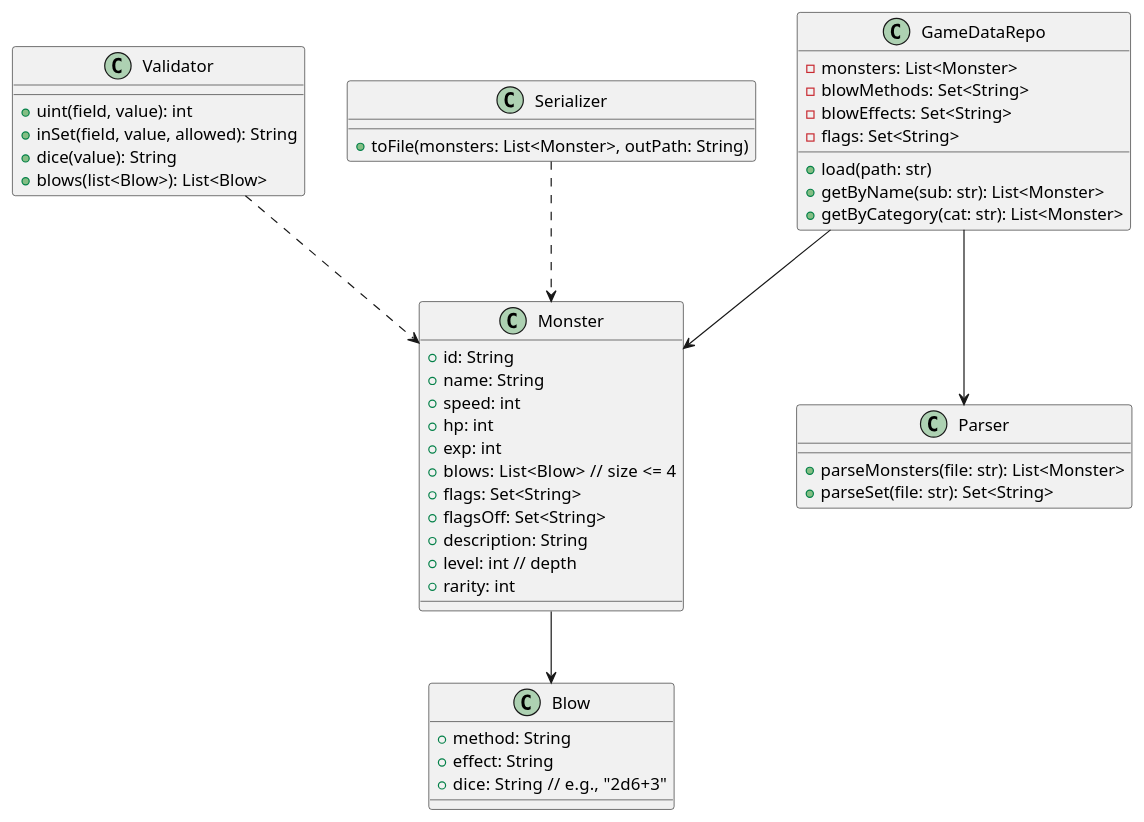
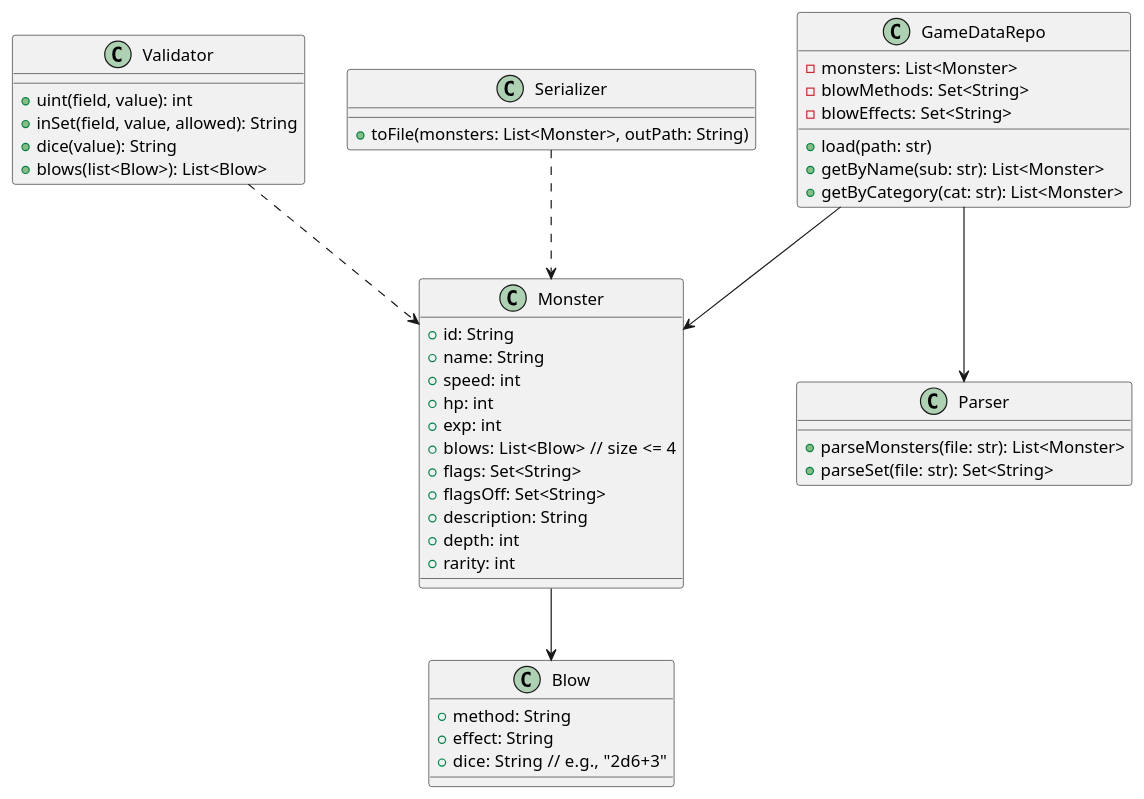
The first of 2 diagrams in README.md (YashTakte/A05-MFE-Planning-and-Design-SE1), drawn with PlantUML before and after one commit. The commit also changed other lines of this file, not shown here.

````diff
--- a/README.md
+++ b/README.md
@@ -42,55 +42,54 @@
 ```plantuml
 @startuml
 class GameDataRepo {
   - monsters: List<Monster>
   - blowMethods: Set<String>
   - blowEffects: Set<String>
-  - flags: Set<String>
   + load(path: str)
   + getByName(sub: str): List<Monster>
   + getByCategory(cat: str): List<Monster>
 }
 
 class Monster {
   + id: String
   + name: String
   + speed: int
   + hp: int
   + exp: int
   + blows: List<Blow>  // size <= 4
   + flags: Set<String>
   + flagsOff: Set<String>
   + description: String
-  + level: int // depth
+  + depth: int
   + rarity: int
 }
 
 class Blow {
   + method: String
   + effect: String
   + dice: String  // e.g., "2d6+3"
 }
 
 class Parser {
   + parseMonsters(file: str): List<Monster>
   + parseSet(file: str): Set<String>
 }
 
 class Validator {
   + uint(field, value): int
   + inSet(field, value, allowed): String
   + dice(value): String
   + blows(list<Blow>): List<Blow>
 }
 
 class Serializer {
   + toFile(monsters: List<Monster>, outPath: String)
 }
 
 GameDataRepo --> Parser
 GameDataRepo --> Monster
 Monster --> Blow
 Validator ..> Monster
 Serializer ..> Monster
 @enduml
 ```
````
